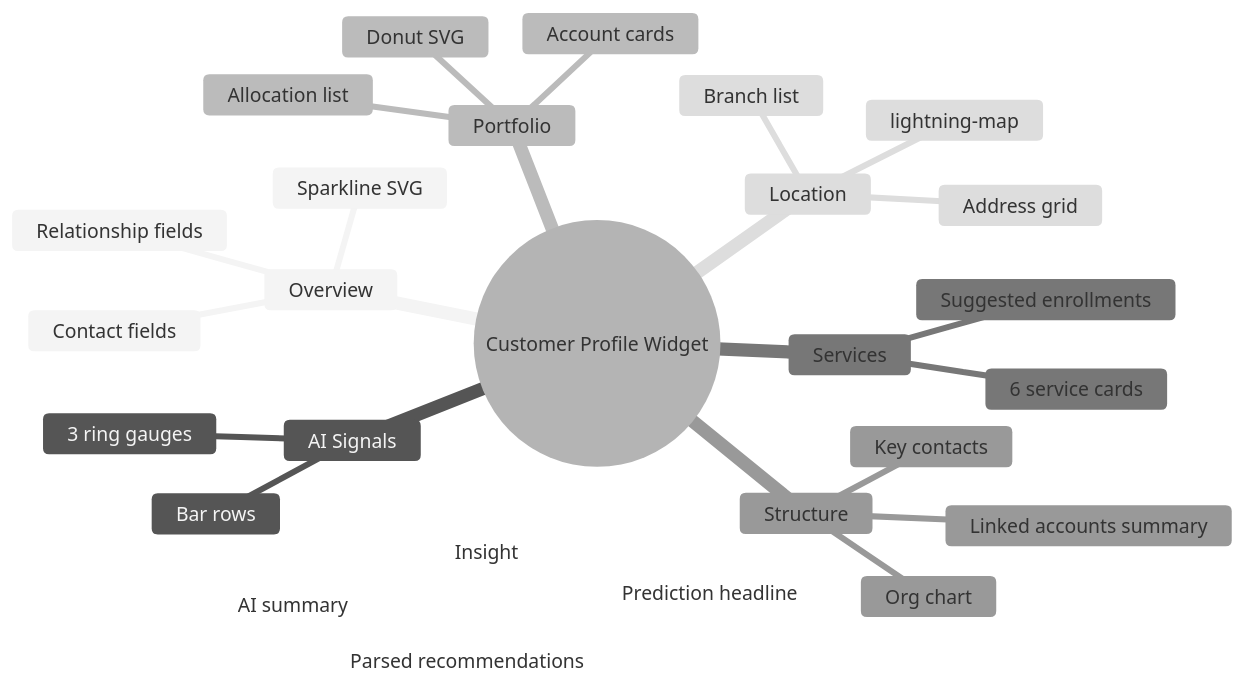
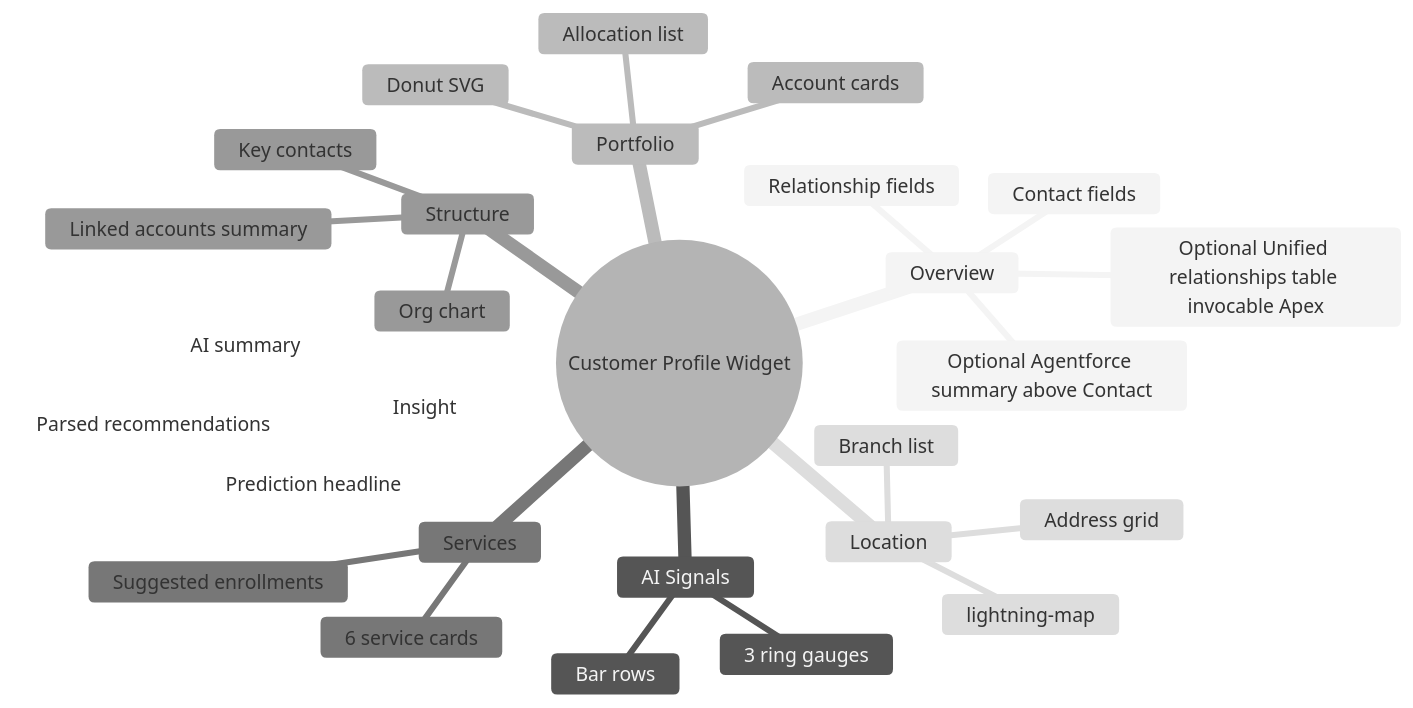
Before and after one commit to josers18/JDO: the second of 7 diagrams in DC_PersonProfileWidget/docs/DIAGRAMS.md, drawn with Mermaid (neutral theme). The commit also changed other lines of this file and 38 other files, not shown here.

````diff
--- a/DC_PersonProfileWidget/docs/DIAGRAMS.md
+++ b/DC_PersonProfileWidget/docs/DIAGRAMS.md
@@ -30,30 +34,31 @@
 ```mermaid
 mindmap
   root((Customer Profile Widget))
     Overview
+      Optional Agentforce summary above Contact
+      Optional Unified relationships table invocable Apex
       Contact fields
       Relationship fields
-      Sparkline SVG
     AI Signals
       3 ring gauges
       Bar rows
     Portfolio
       Donut SVG
       Allocation list
       Account cards
     Services
       6 service cards
       Suggested enrollments
     Structure
       Org chart
       Key contacts
       Linked accounts summary
     Location
       lightning-map
       Address grid
       Branch list
     Insight
       Prediction headline
       AI summary
       Parsed recommendations
 ```
````
